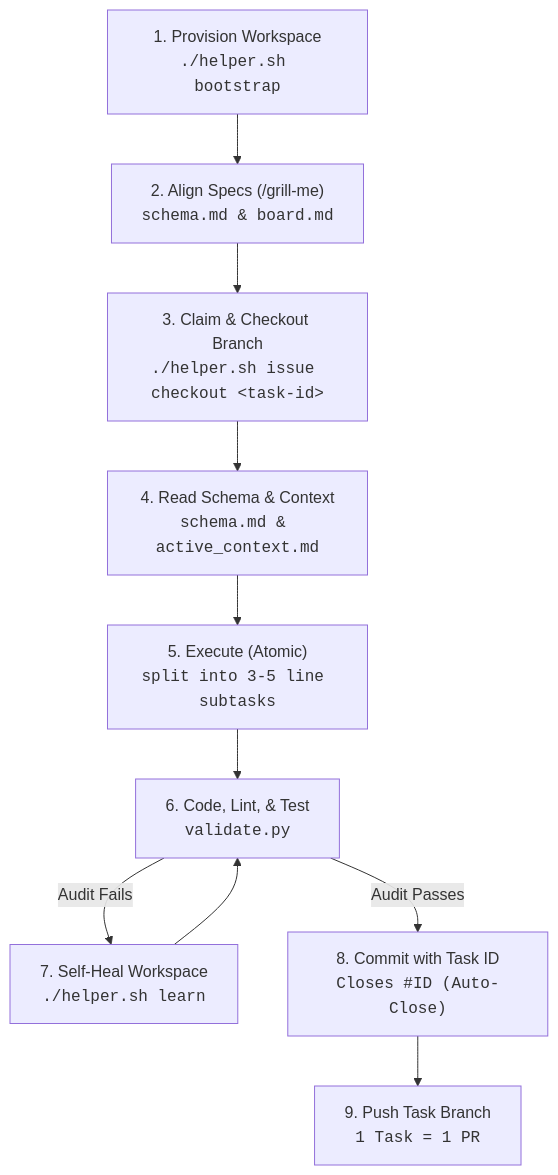
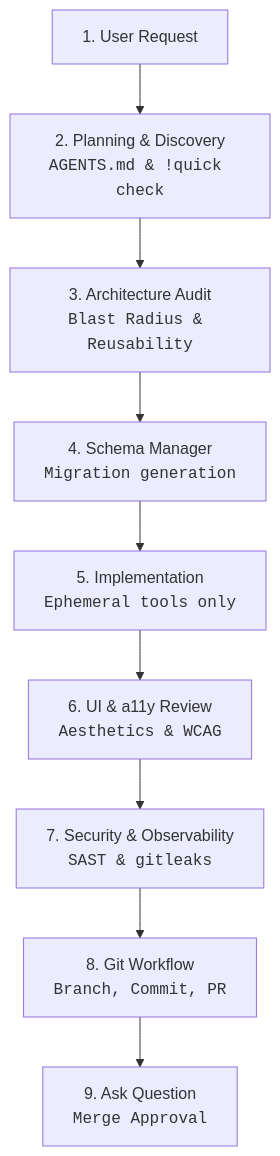
Before and after one commit to rafaelghif/antigravity-agents: the diagram in README.md, drawn with Mermaid. The commit also changed other lines of this file and 272 other files, not shown here.

Commit message:
chore: release AAC V4.0.0 with skill-based agentic architecture

````diff
--- a/README.md
+++ b/README.md
@@ -38,12 +37,11 @@
 ```mermaid
 flowchart TD
-    A["1. Provision Workspace<br><code>./helper.sh bootstrap</code>"] --> B["2. Align Specs (/grill-me)<br><code>schema.md & board.md</code>"]
-    B --> C["3. Claim & Checkout Branch<br><code>./helper.sh issue checkout &lt;task-id&gt;</code>"]
-    C --> D["4. Read Schema & Context<br><code>schema.md & active_context.md</code>"]
-    D --> E["5. Execute (Atomic)<br><code>split into 3-5 line subtasks</code>"]
-    E --> F["6. Code, Lint, &amp; Test<br><code>validate.py</code>"]
-    F -- "Audit Fails" --> G["7. Self-Heal Workspace<br><code>./helper.sh learn</code>"]
-    G --> F
-    F -- "Audit Passes" --> H["8. Commit with Task ID<br><code>Closes #ID (Auto-Close)</code>"]
-    H --> I["9. Push Task Branch<br><code>1 Task = 1 PR</code>"]
+    A["1. User Request"] --> B["2. Planning & Discovery<br><code>AGENTS.md & !quick check</code>"]
+    B --> C["3. Architecture Audit<br><code>Blast Radius & Reusability</code>"]
+    C --> D["4. Schema Manager<br><code>Migration generation</code>"]
+    D --> E["5. Implementation<br><code>Ephemeral tools only</code>"]
+    E --> F["6. UI & a11y Review<br><code>Aesthetics & WCAG</code>"]
+    F --> G["7. Security & Observability<br><code>SAST & gitleaks</code>"]
+    G --> H["8. Git Workflow<br><code>Branch, Commit, PR</code>"]
+    H --> I["9. Ask Question<br><code>Merge Approval</code>"]
 ```
````
